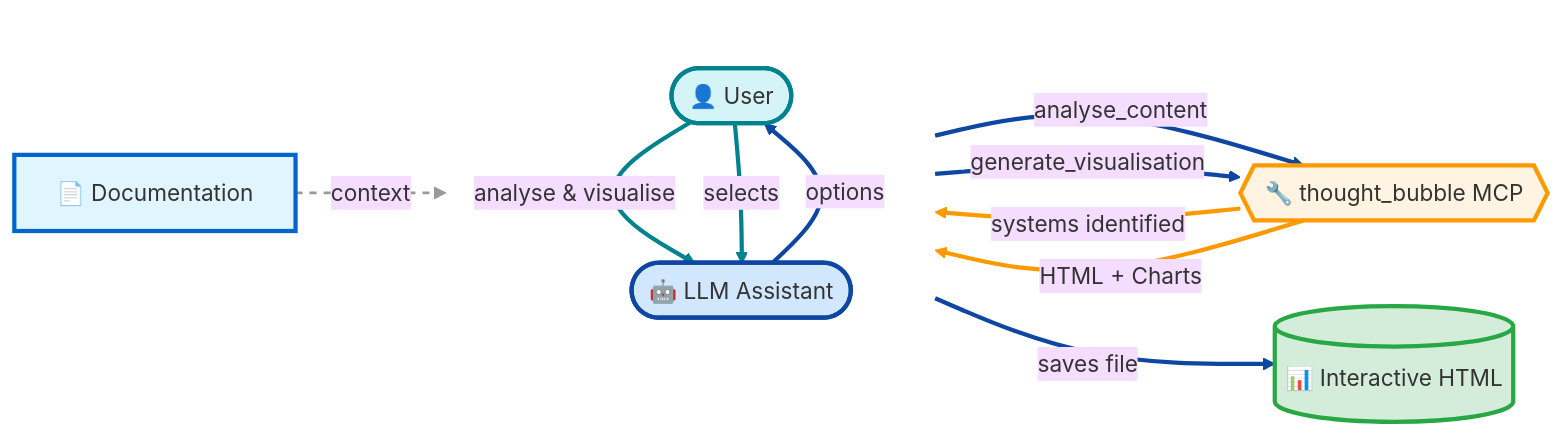
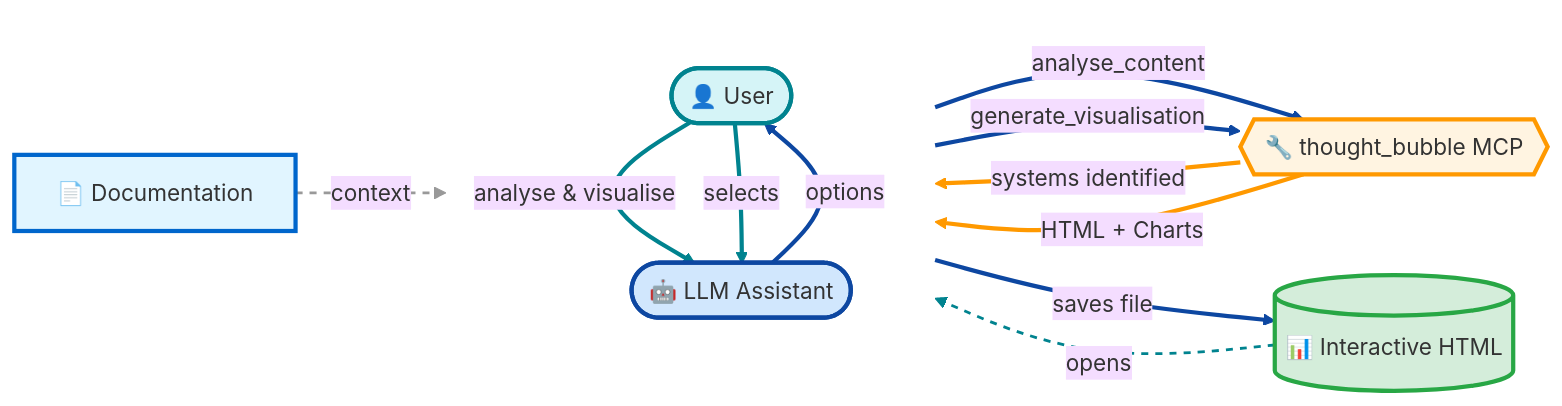
The first of 6 diagrams in README.md (earlyprototype/thought_bubble), drawn with Mermaid (base theme) before and after one commit.

Commit message:
feat: Enhance user interaction with improved artifact accessibility
This commit introduces a critical enhancement to the artifact consumption pipeline, directly improving user experience and workflow efficiency. By explicitly detailing the "opens" relationship from the generated HTML artifact to the end-user, we clarify a previously implicit dependency. This architectural refinement not only boosts system transparency but also lays the groundwork for future optimizations in artifact delivery and automated downstream processing, ultimately contributing to enhanced scalability and reliability.

````diff
--- a/README.md
+++ b/README.md
@@ -47,40 +47,42 @@
 ```mermaid
 flowchart LR
     Doc[📄 Documentation]
     
     subgraph main[" "]
         direction TB
         User([👤 User])
         LLM([🤖 LLM Assistant])
     end
     
     MCP{{🔧 thought_bubble MCP}}
     HTML[(📊 Interactive HTML)]
     
     Doc -.->|context| LLM
     User ==>|analyse & visualise| LLM
     LLM ==>|analyse_content| MCP
     MCP ==>|systems identified| LLM
     LLM ==>|options| User
     User ==>|selects| LLM
     LLM ==>|generate_visualisation| MCP
     MCP ==>|HTML + Charts| LLM
     LLM ==>|saves file| HTML
+    HTML -.->|opens| User
     
     style Doc fill:#e1f5ff,stroke:#0066cc,stroke-width:3px
     style HTML fill:#d4edda,stroke:#28a745,stroke-width:3px
     style MCP fill:#fff4e1,stroke:#ff9900,stroke-width:3px
     style User fill:#d5f4f7,stroke:#00838f,stroke-width:3px
     style LLM fill:#d1e7fd,stroke:#0d47a1,stroke-width:3px
     style main fill:none,stroke:none
     
     linkStyle 0 stroke:#999,stroke-width:2px,stroke-dasharray:5
     linkStyle 1 stroke:#00838f,stroke-width:3px
     linkStyle 2 stroke:#0d47a1,stroke-width:3px
     linkStyle 3 stroke:#ff9900,stroke-width:3px
     linkStyle 4 stroke:#0d47a1,stroke-width:3px
     linkStyle 5 stroke:#00838f,stroke-width:3px
     linkStyle 6 stroke:#0d47a1,stroke-width:3px
     linkStyle 7 stroke:#ff9900,stroke-width:3px
     linkStyle 8 stroke:#0d47a1,stroke-width:3px
+    linkStyle 9 stroke:#00838f,stroke-width:2px,stroke-dasharray:5
 ```
````
